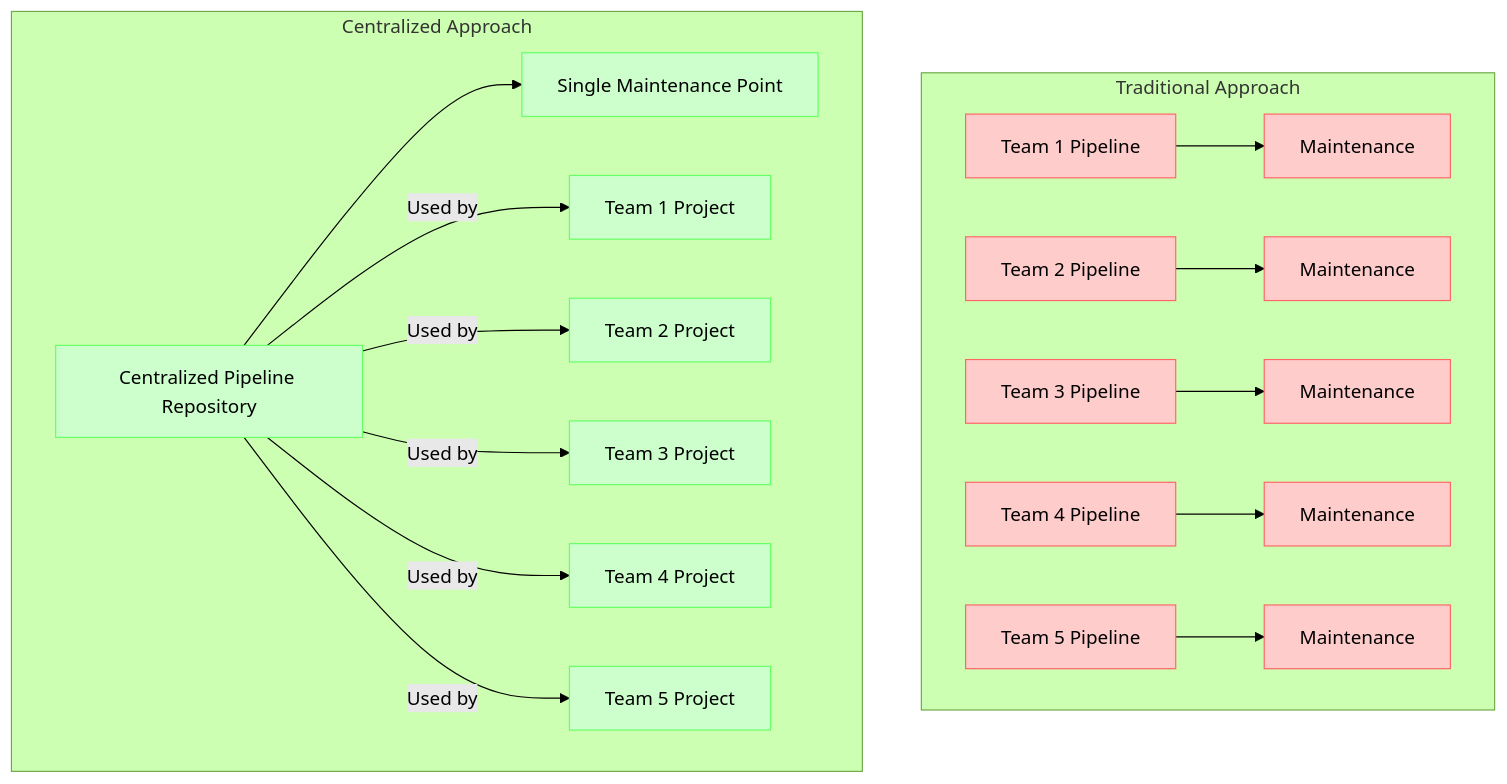
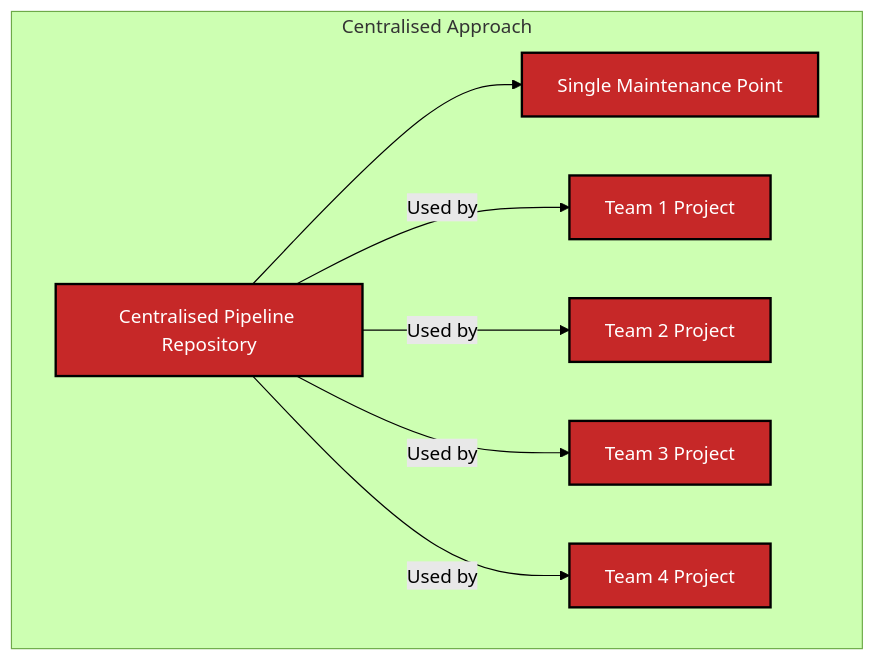
Before and after one commit to tw3lveparsecs/tw3lveparsecs.github.io: the third of 8 diagrams in _posts/2025-03-31-azure-iac-devops-series-central-pipelines.md, drawn with Mermaid (forest theme). The commit also changed other lines of this file, not shown here.

````diff
--- a/_posts/2025-03-31-azure-iac-devops-series-central-pipelines.md
+++ b/_posts/2025-03-31-azure-iac-devops-series-central-pipelines.md
@@ -48,25 +83,15 @@
 ```mermaid
 graph TD
-    subgraph "Traditional Approach"
-        T1[Team 1 Pipeline] --> TM1[Maintenance]
-        T2[Team 2 Pipeline] --> TM2[Maintenance]
-        T3[Team 3 Pipeline] --> TM3[Maintenance]
-        T4[Team 4 Pipeline] --> TM4[Maintenance]
-        T5[Team 5 Pipeline] --> TM5[Maintenance]
-    end
-
-    subgraph "Centralized Approach"
-        CP[Centralized Pipeline Repository]
+    subgraph "Centralised Approach"
+    direction LR
+        CP[Centralised Pipeline Repository]
         CP --> CM[Single Maintenance Point]
         CP --> |Used by| TP1[Team 1 Project]
         CP --> |Used by| TP2[Team 2 Project]
         CP --> |Used by| TP3[Team 3 Project]
         CP --> |Used by| TP4[Team 4 Project]
-        CP --> |Used by| TP5[Team 5 Project]
     end
 
-    classDef traditional fill:#ffcccc,stroke:#f66,stroke-width:1px
-    classDef centralized fill:#ccffcc,stroke:#6f6,stroke-width:1px
-    class T1,T2,T3,T4,T5,TM1,TM2,TM3,TM4,TM5 traditional
-    class CP,CM,TP1,TP2,TP3,TP4,TP5 centralized
+    classDef centralised fill:#c62828,color:#fff, stroke:#000,stroke-width:2px
+    class CP,CM,TP1,TP2,TP3,TP4 centralised
 ```
````
